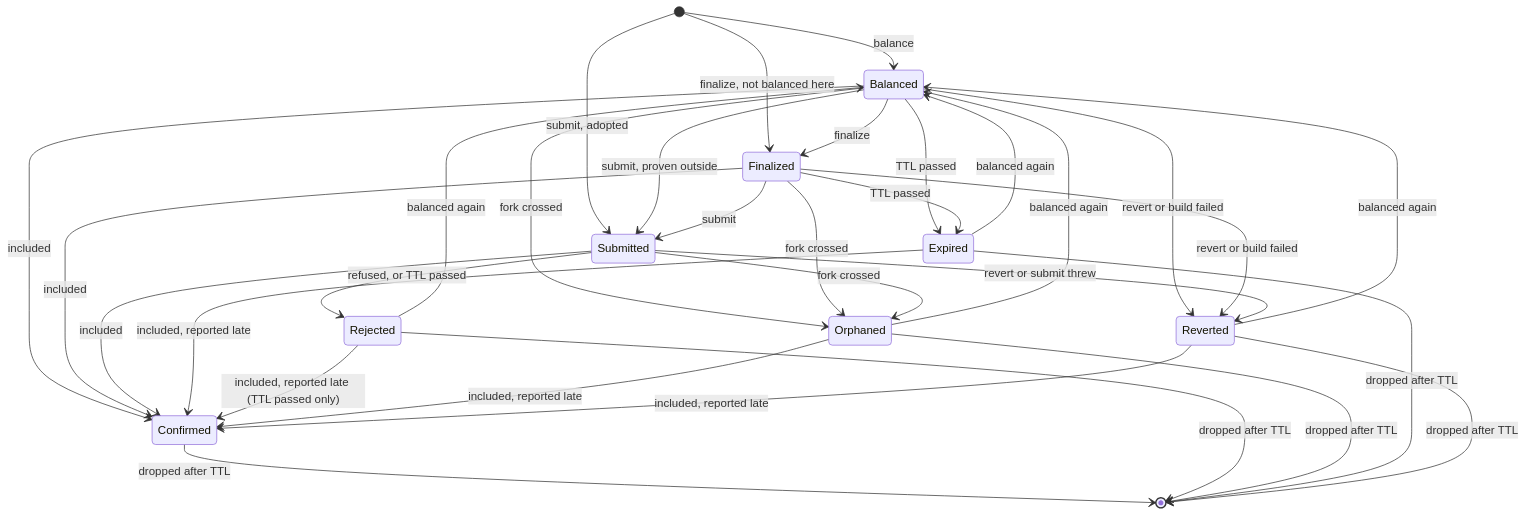
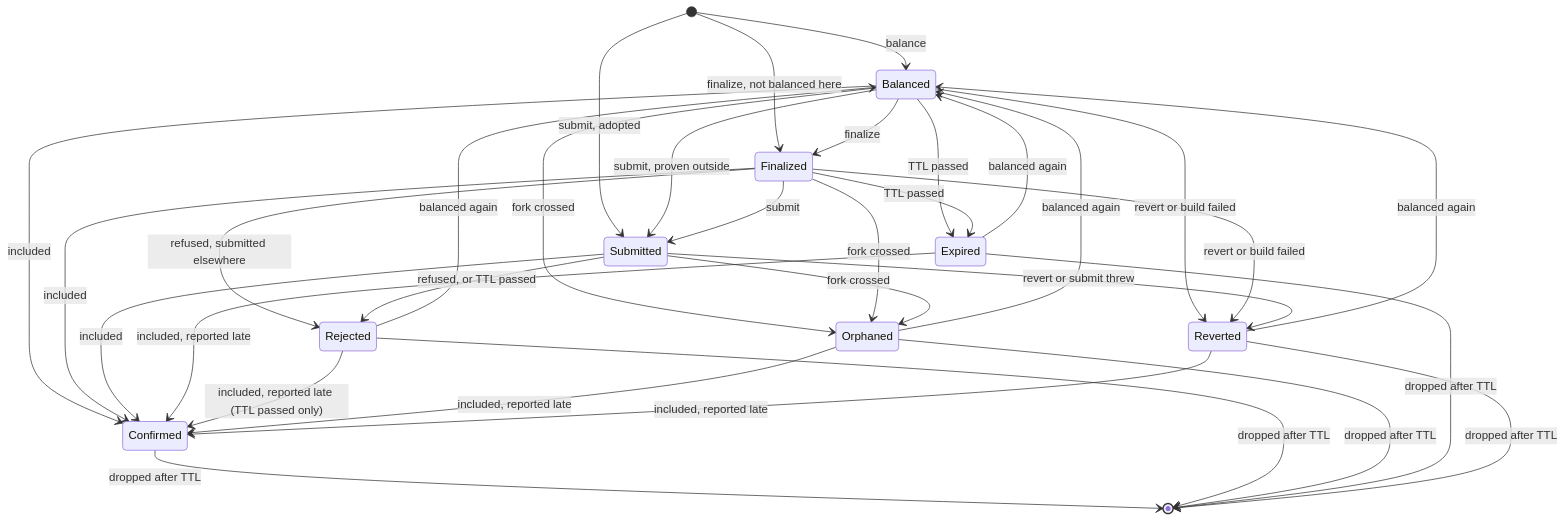
Before and after one commit to midnightntwrk/midnight-wallet: the diagram in docs/decisions/0011-one-lifecycle-record-per-transaction.md, drawn with Mermaid. The commit also changed other lines of this file and 1 other file, not shown here.

````diff
--- a/docs/decisions/0011-one-lifecycle-record-per-transaction.md
+++ b/docs/decisions/0011-one-lifecycle-record-per-transaction.md
@@ -70,34 +70,35 @@
 ```mermaid
 stateDiagram-v2
   [*] --> Balanced: balance
   [*] --> Finalized: finalize, not balanced here
   [*] --> Submitted: submit, adopted
   Balanced --> Finalized: finalize
   Balanced --> Submitted: submit, proven outside
   Finalized --> Submitted: submit
   Balanced --> Confirmed: included
   Finalized --> Confirmed: included
   Submitted --> Confirmed: included
+  Finalized --> Rejected: refused, submitted elsewhere
   Submitted --> Rejected: refused, or TTL passed
   Balanced --> Orphaned: fork crossed
   Finalized --> Orphaned: fork crossed
   Submitted --> Orphaned: fork crossed
   Balanced --> Expired: TTL passed
   Finalized --> Expired: TTL passed
   Balanced --> Reverted: revert or build failed
   Finalized --> Reverted: revert or build failed
   Submitted --> Reverted: revert or submit threw
   Rejected --> Balanced: balanced again
   Orphaned --> Balanced: balanced again
   Expired --> Balanced: balanced again
   Reverted --> Balanced: balanced again
   Expired --> Confirmed: included, reported late
   Rejected --> Confirmed: included, reported late (TTL passed only)
   Orphaned --> Confirmed: included, reported late
   Reverted --> Confirmed: included, reported late
   Confirmed --> [*]: dropped after TTL
   Rejected --> [*]: dropped after TTL
   Orphaned --> [*]: dropped after TTL
   Expired --> [*]: dropped after TTL
   Reverted --> [*]: dropped after TTL
 ```
````
